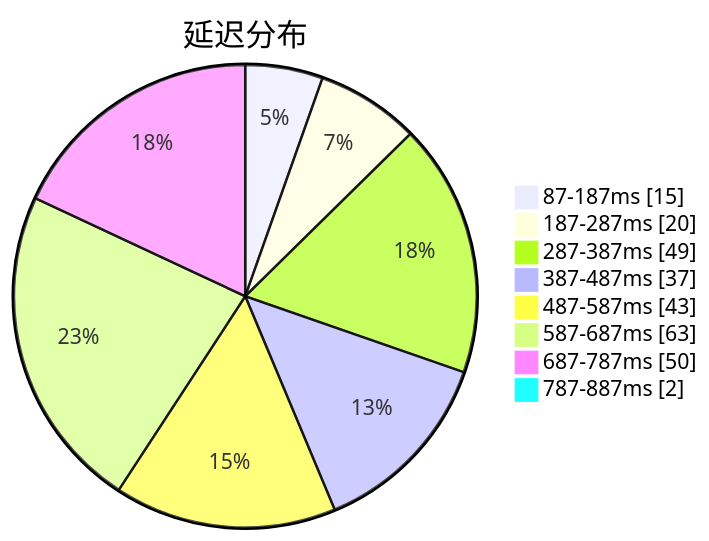
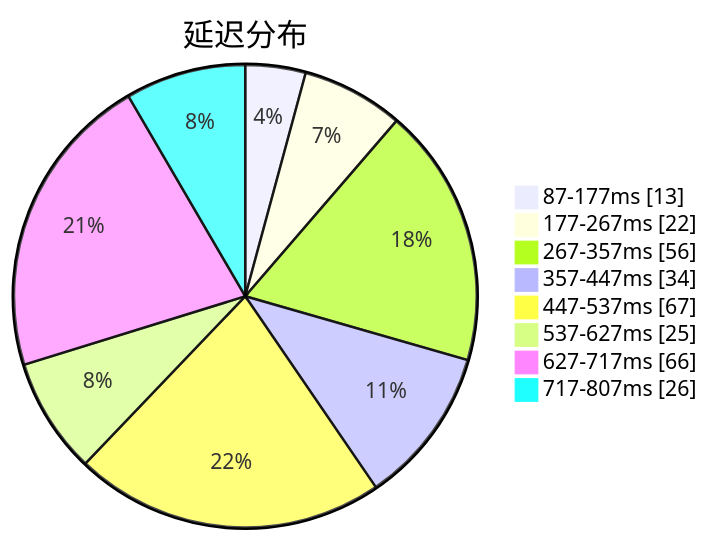
The first of 3 diagrams in subs/statistics/tested_within.md (sinspired/airport), drawn with Mermaid before and after one commit. The commit also changed other lines of this file and 2 other files, not shown here.

````diff
--- a/subs/statistics/tested_within.md
+++ b/subs/statistics/tested_within.md
@@ -2,12 +2,12 @@
 ```mermaid
 pie showData
 title 延迟分布
-"87-187ms" : 15
-"187-287ms" : 20
-"287-387ms" : 49
-"387-487ms" : 37
-"487-587ms" : 43
-"587-687ms" : 63
-"687-787ms" : 50
-"787-887ms" : 2
+"87-177ms" : 13
+"177-267ms" : 22
+"267-357ms" : 56
+"357-447ms" : 34
+"447-537ms" : 67
+"537-627ms" : 25
+"627-717ms" : 66
+"717-807ms" : 26
 ```
````
